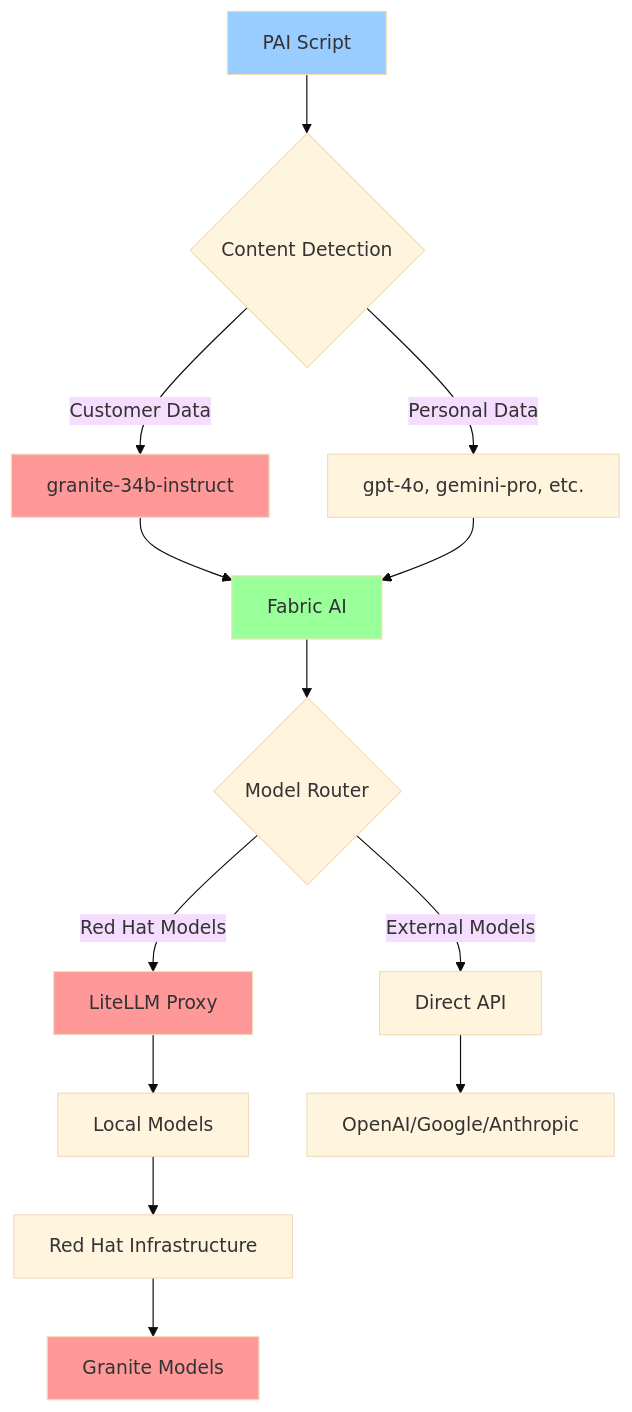
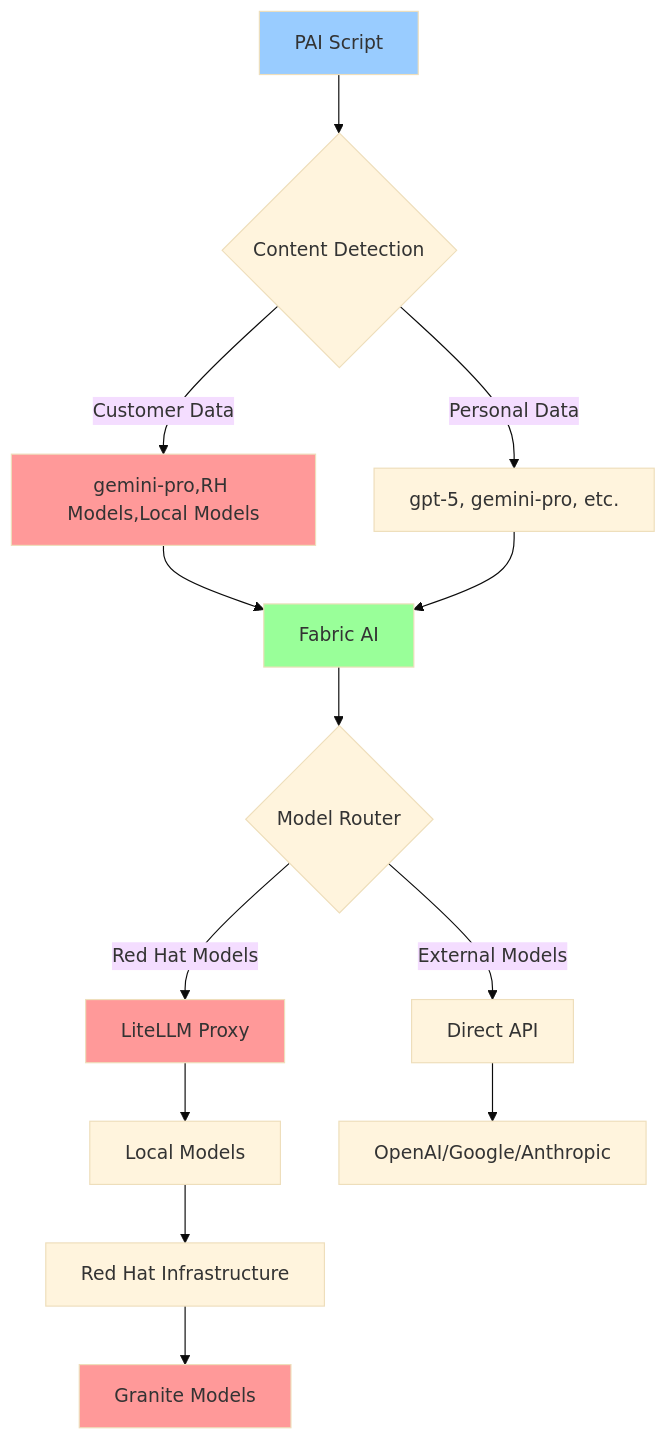
One commit to thebyrdman-git/taminator changed the first of 2 diagrams in README.md. Above: the diagram before and after it, drawn with Mermaid (base theme). The commit also changed other lines of this file, not shown here.

Commit message:
Update to README

````diff
--- a/README.md
+++ b/README.md
@@ -82,25 +80,25 @@
 ```mermaid
 graph TD
     A[PAI Script] --> B{Content Detection}
-    B -->|Customer Data| C[granite-34b-instruct]
-    B -->|Personal Data| D[gpt-4o, gemini-pro, etc.]
+    B -->|Customer Data| C[gemini-pro,RH Models,Local Models]
+    B -->|Personal Data| D[gpt-5, gemini-pro, etc.]
 
     C --> E[Fabric AI]
     D --> E[Fabric AI]
 
     E --> F{Model Router}
     F -->|Red Hat Models| G[LiteLLM Proxy]
     F -->|External Models| H[Direct API]
 
     G --> I[Local Models]
     I --> J[Red Hat Infrastructure]
     J --> K[Granite Models]
 
     H --> L[OpenAI/Google/Anthropic]
 
     style C fill:#ff9999
     style G fill:#ff9999
     style K fill:#ff9999
     style A fill:#99ccff
     style E fill:#99ff99
 ```
````
